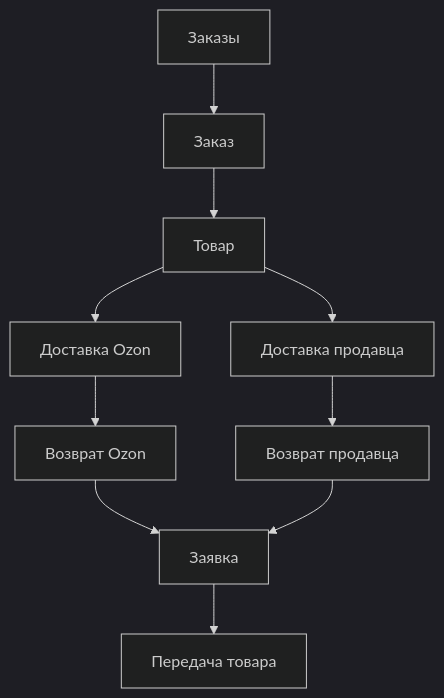
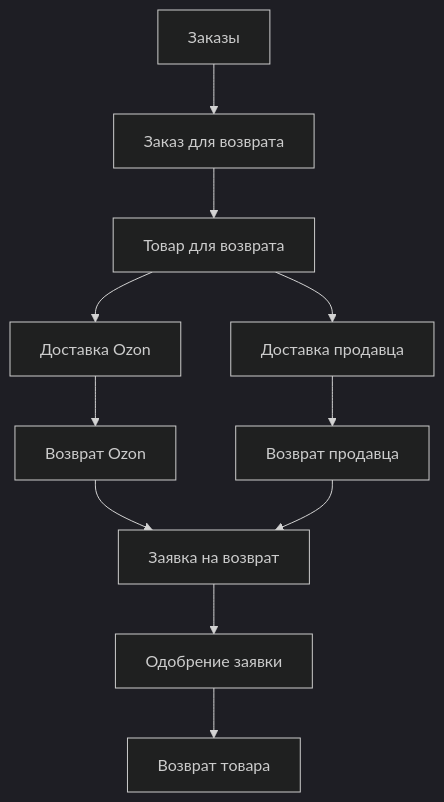
The third of 3 diagrams in test.md (milaserebriakova/ozon_test), drawn with Mermaid (dark theme) before and after one commit.

````diff
--- a/test.md
+++ b/test.md
@@ -29,12 +29,13 @@
 ```mermaid
 flowchart TD
-A[Заказы] --> B[Заказ]
-B[Заказ] --> C[Товар]
-C[Товар] --> D[Доставка Ozon]
-C[Товар] --> E[Доставка продавца]
+A[Заказы] --> B[Заказ для возврата]
+B[Заказ для возврата] --> C[Товар для возврата]
+C[Товар для возврата] --> D[Доставка Ozon]
+C[Товар для возврата] --> E[Доставка продавца]
 D[Доставка Ozon] --> F[Возврат Ozon]
 E[Доставка продавца] --> G[Возврат продавца]
 F[Возврат Ozon] --> H[Заявка]
-G[Возврат продавца] --> H[Заявка]
-H[Заявка] --> I[Передача товара]
+G[Возврат продавца] --> H[Заявка на возврат]
+H[Заявка на возврат] --> I[Одобрение заявки]
+I[Одобрение заявки] --> J[Возврат товара]
 ```
````
